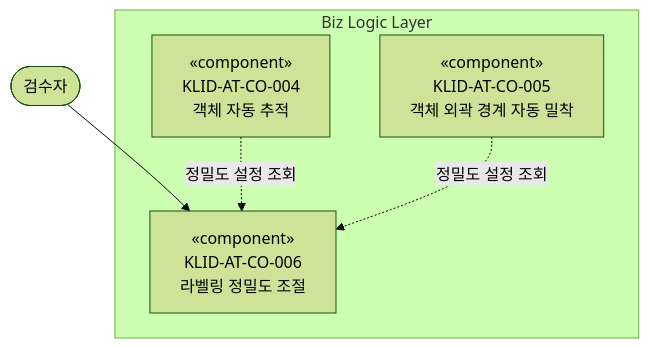
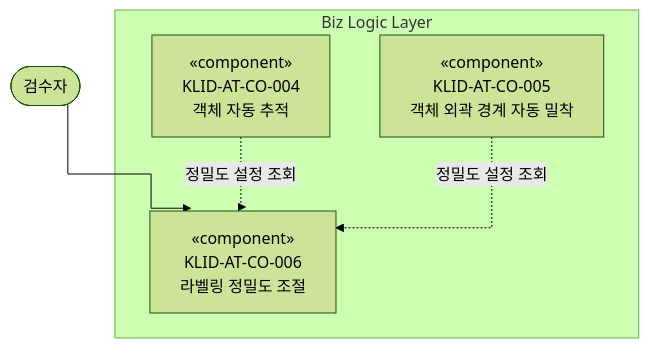
The sixth of 18 diagrams in docs/design/D3-컴포넌트설계서.md (New-stella/klid-label), drawn with Mermaid (forest theme) before and after one commit. The commit also changed other lines of this file and 3 other files, not shown here.

First line of the commit message:
docs(design): D3 컴포넌트설계서 mermaid 연결선 직각화

````diff
--- a/docs/design/D3-컴포넌트설계서.md
+++ b/docs/design/D3-컴포넌트설계서.md
@@ -143,12 +148,13 @@
 ```mermaid
+%%{init: {'flowchart': {'curve': 'stepBefore'}}}%%
 flowchart TD
     REVIEWER([검수자])
     subgraph BIZ6[Biz Logic Layer]
         CO006["«component»<br/>KLID-AT-CO-006<br/>라벨링 정밀도 조절"]
         CO004C["«component»<br/>KLID-AT-CO-004<br/>객체 자동 추적"]
         CO005C["«component»<br/>KLID-AT-CO-005<br/>객체 외곽 경계 자동 밀착"]
     end
     REVIEWER --> CO006
     CO004C -.정밀도 설정 조회.-> CO006
     CO005C -.정밀도 설정 조회.-> CO006
 ```
````
